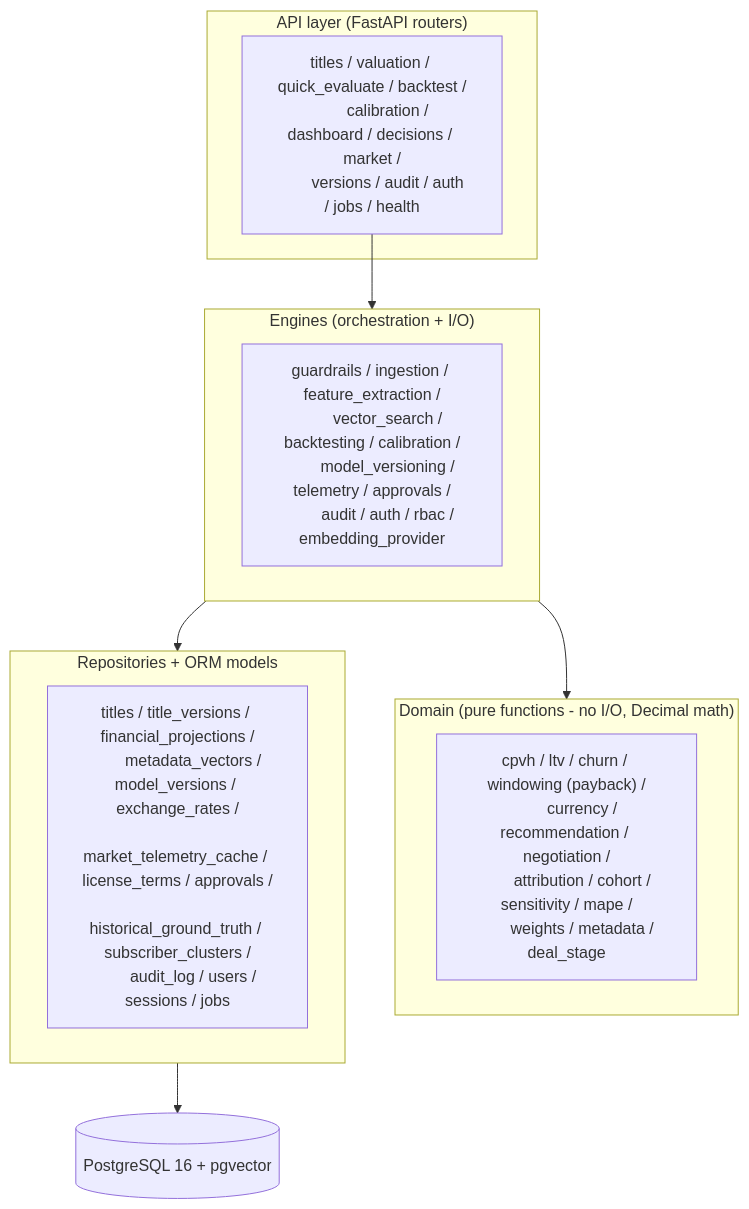
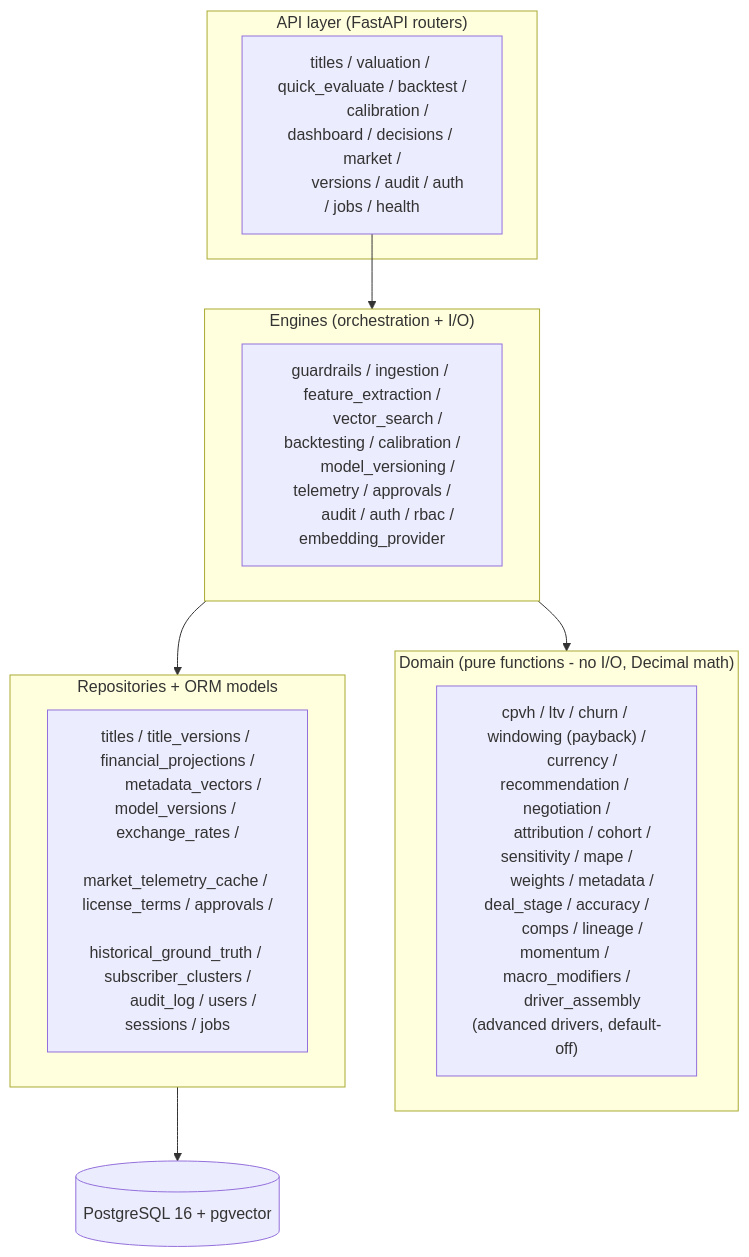
The ninth of 12 diagrams in CineROI_AI_Architecture_And_Data_Flow.md (vasistasandeep/GreenlightIQ), drawn with Mermaid before and after one commit. The commit also changed other lines of this file and 15 other files, not shown here.

First line of the commit message:
feat: dashboard verdict-match accuracy + payback audit, deal-support wiring; docs for advanced content-eval drivers

````diff
--- a/CineROI_AI_Architecture_And_Data_Flow.md
+++ b/CineROI_AI_Architecture_And_Data_Flow.md
@@ -348,31 +348,33 @@
 ```mermaid
 flowchart TD
     subgraph API["API layer (FastAPI routers)"]
         R["titles / valuation / quick_evaluate / backtest /
         calibration / dashboard / decisions / market /
         versions / audit / auth / jobs / health"]
     end
     subgraph ENG["Engines (orchestration + I/O)"]
         E["guardrails / ingestion / feature_extraction /
         vector_search / backtesting / calibration /
         model_versioning / telemetry / approvals /
         audit / auth / rbac / embedding_provider"]
     end
     subgraph DOM["Domain (pure functions - no I/O, Decimal math)"]
         D["cpvh / ltv / churn / windowing (payback) /
         currency / recommendation / negotiation /
         attribution / cohort / sensitivity / mape /
-        weights / metadata / deal_stage"]
+        weights / metadata / deal_stage / accuracy /
+        comps / lineage / momentum / macro_modifiers /
+        driver_assembly (advanced drivers, default-off)"]
     end
     subgraph DATA["Repositories + ORM models"]
         M["titles / title_versions / financial_projections /
         metadata_vectors / model_versions / exchange_rates /
         market_telemetry_cache / license_terms / approvals /
         historical_ground_truth / subscriber_clusters /
         audit_log / users / sessions / jobs"]
     end
     R --> ENG
     ENG --> DOM
     ENG --> DATA
     DATA --> PG[("PostgreSQL 16 + pgvector")]
 ```
````
